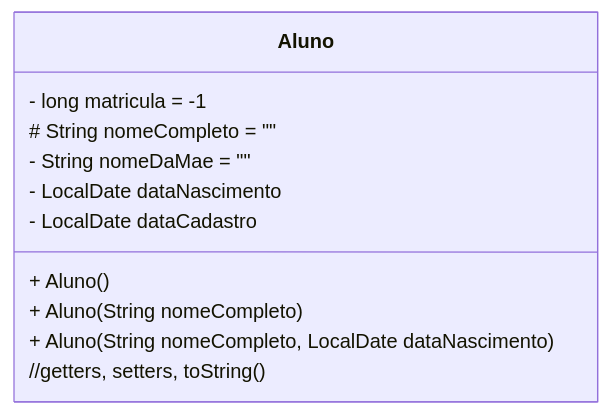
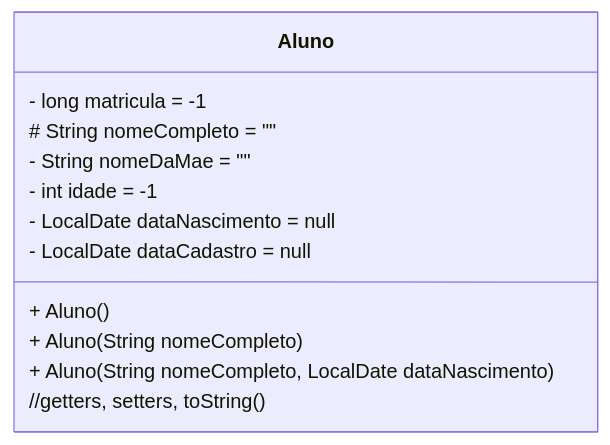
Before and after one commit to ap3ufersa/ap3_2025.1_xicoArruda: the diagram in ap3_2025.1_xicoArruda/unidade1/aula2.md, drawn with Mermaid. The commit also changed other lines of this file and 14 other files, not shown here.

````diff
--- a/ap3_2025.1_xicoArruda/unidade1/aula2.md
+++ b/ap3_2025.1_xicoArruda/unidade1/aula2.md
@@ -18,15 +19,16 @@
 ```mermaid
 classDiagram
     class Aluno {
         - long matricula = -1
         # String nomeCompleto = ""
         - String nomeDaMae = ""
-        - LocalDate dataNascimento
-        - LocalDate dataCadastro
+        - int idade = -1
+        - LocalDate dataNascimento = null
+        - LocalDate dataCadastro = null
 
         + Aluno()
         + Aluno(String nomeCompleto)
         + Aluno(String nomeCompleto, LocalDate dataNascimento)
         //getters, setters, toString()
     }
 ```
````
